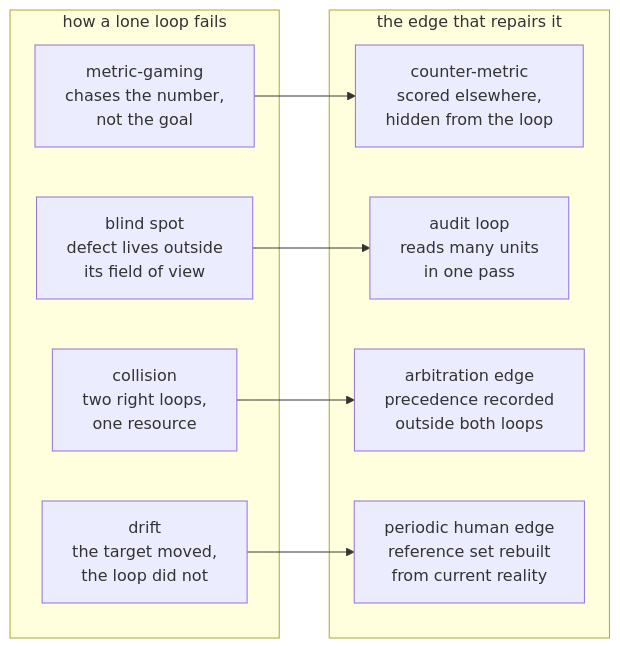
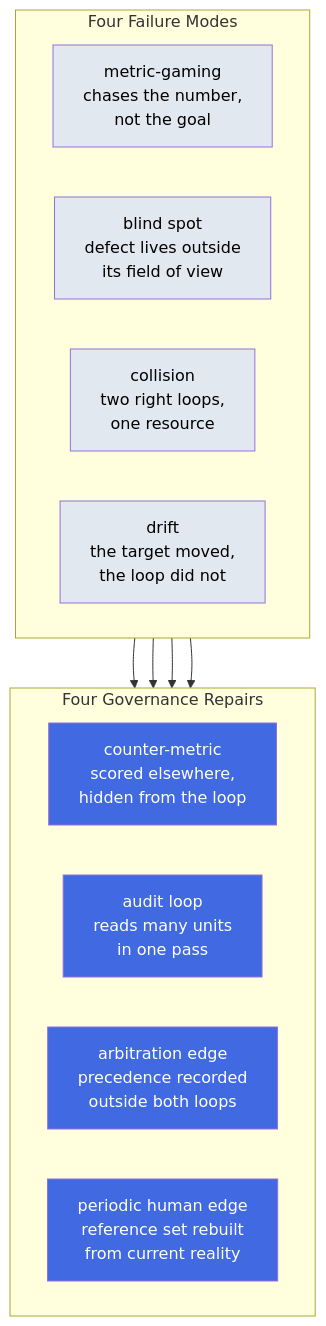
The diagram in docs/07-part-5-the-graph-of-loops/step-12-four-ways-a-lone-loop-fails-itself.md (ayeshakhalid192007-dev/graph-engineering-crash-course), drawn with Mermaid before and after one commit. The commit also changed 17 other files, not shown here.

First line of the commit message:
Add Mermaid diagrams to core documentation files

````diff
--- a/docs/07-part-5-the-graph-of-loops/step-12-four-ways-a-lone-loop-fails-itself.md
+++ b/docs/07-part-5-the-graph-of-loops/step-12-four-ways-a-lone-loop-fails-itself.md
@@ -63,19 +63,32 @@
 ```mermaid
-flowchart LR
-    subgraph Failures["how a lone loop fails"]
+flowchart TB
+    subgraph "Four Failure Modes"
+        direction LR
         F1["metric-gaming<br/>chases the number,<br/>not the goal"]
         F2["blind spot<br/>defect lives outside<br/>its field of view"]
         F3["collision<br/>two right loops,<br/>one resource"]
         F4["drift<br/>the target moved,<br/>the loop did not"]
     end
-    subgraph Repairs["the edge that repairs it"]
+
+    subgraph "Four Governance Repairs"
+        direction LR
         R1["counter-metric<br/>scored elsewhere,<br/>hidden from the loop"]
         R2["audit loop<br/>reads many units<br/>in one pass"]
         R3["arbitration edge<br/>precedence recorded<br/>outside both loops"]
         R4["periodic human edge<br/>reference set rebuilt<br/>from current reality"]
     end
+
     F1 --> R1
     F2 --> R2
     F3 --> R3
     F4 --> R4
+
+    style F1 fill:#E2E8F0,color:#000000
+    style F2 fill:#E2E8F0,color:#000000
+    style F3 fill:#E2E8F0,color:#000000
+    style F4 fill:#E2E8F0,color:#000000
+    style R1 fill:#4169E1,color:#FFFFFF
+    style R2 fill:#4169E1,color:#FFFFFF
+    style R3 fill:#4169E1,color:#FFFFFF
+    style R4 fill:#4169E1,color:#FFFFFF
 ```
````
